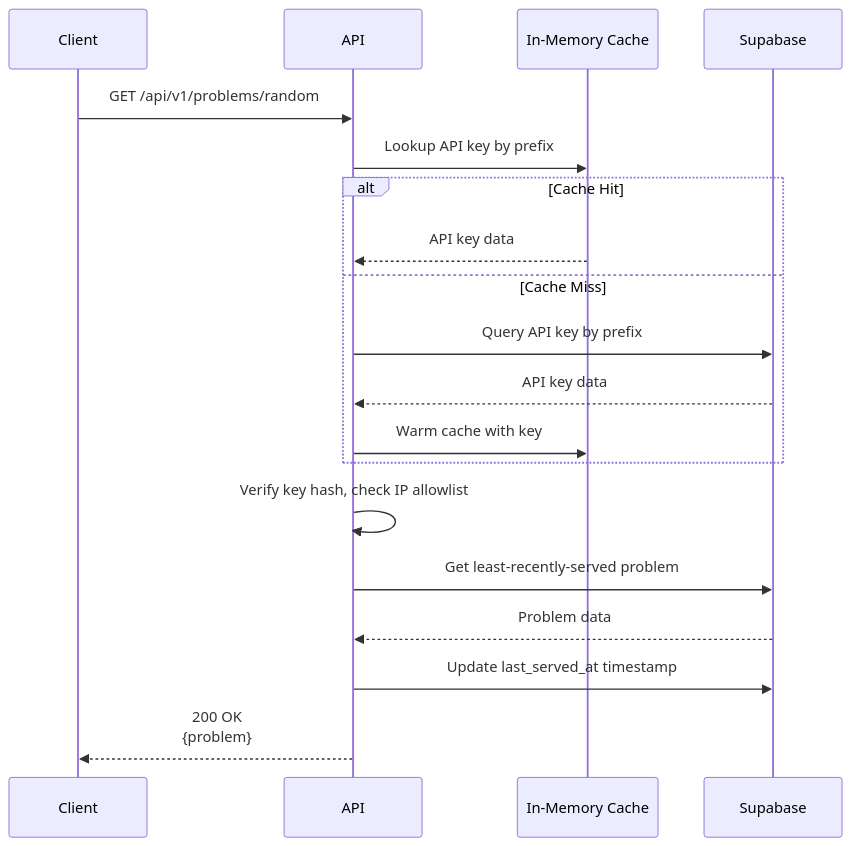
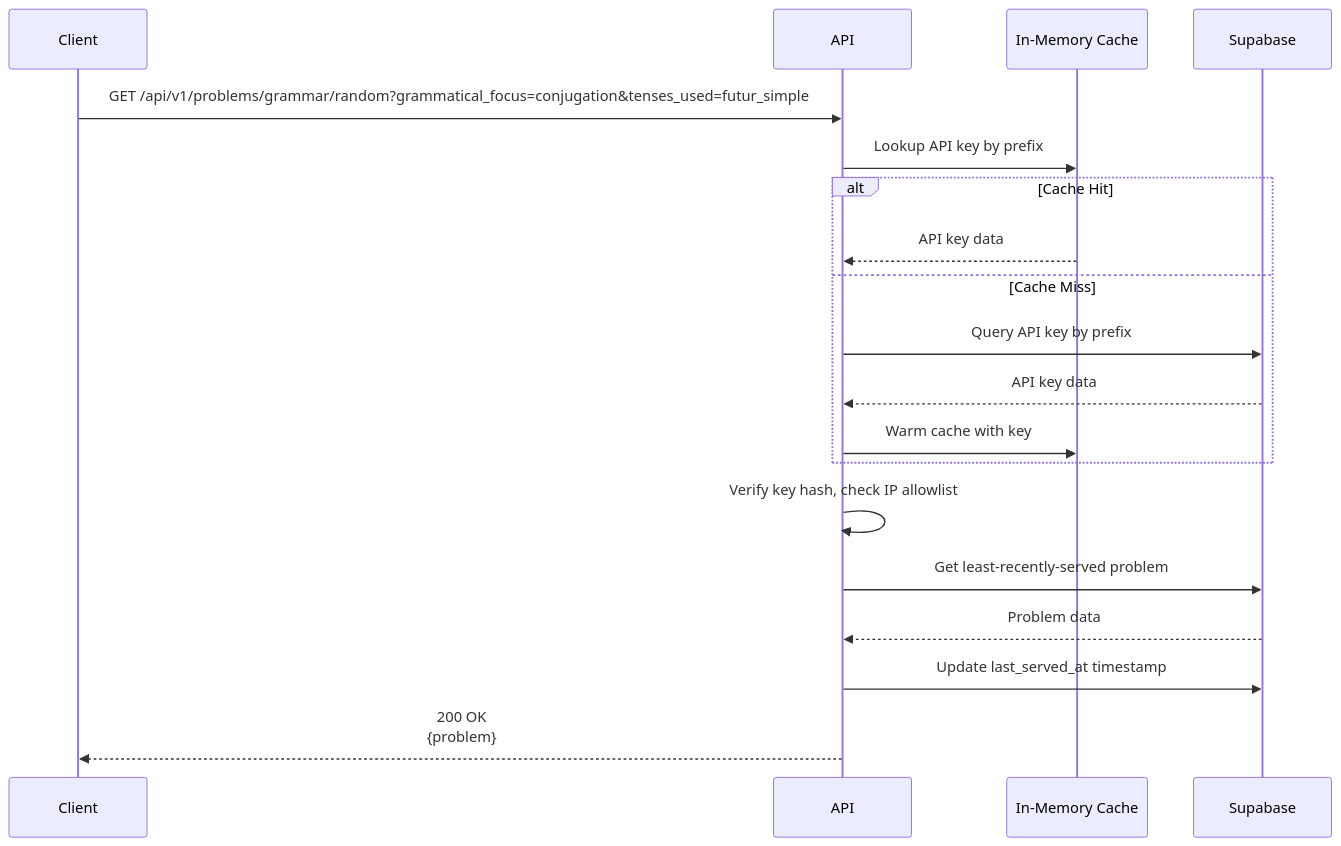
Before and after one commit to beverage/language-quiz-service: the third of 4 diagrams in docs/architecture.md, drawn with Mermaid. The commit also changed other lines of this file and 18 other files, not shown here.

````diff
--- a/docs/architecture.md
+++ b/docs/architecture.md
@@ -135,25 +135,25 @@
 ```mermaid
 sequenceDiagram
     participant Client
     participant API
     participant Cache as In-Memory Cache
     participant DB as Supabase
 
-    Client->>API: GET /api/v1/problems/random
+    Client->>API: GET /api/v1/problems/grammar/random?grammatical_focus=conjugation&tenses_used=futur_simple
     
     API->>Cache: Lookup API key by prefix
     alt Cache Hit
         Cache-->>API: API key data
     else Cache Miss
         API->>DB: Query API key by prefix
         DB-->>API: API key data
         API->>Cache: Warm cache with key
     end
     
     API->>API: Verify key hash, check IP allowlist
     
     API->>DB: Get least-recently-served problem
     DB-->>API: Problem data
     API->>DB: Update last_served_at timestamp
     API-->>Client: 200 OK<br/>{problem}
 ```
````
